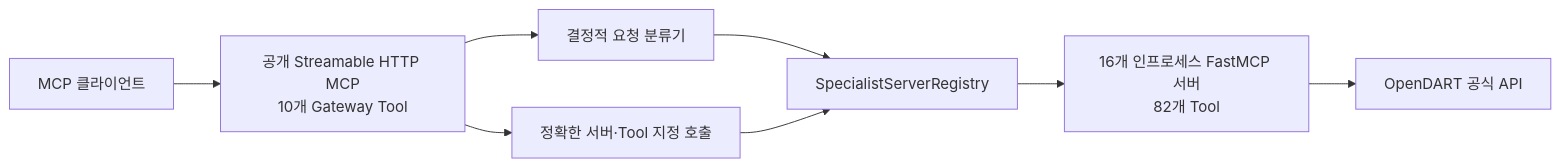
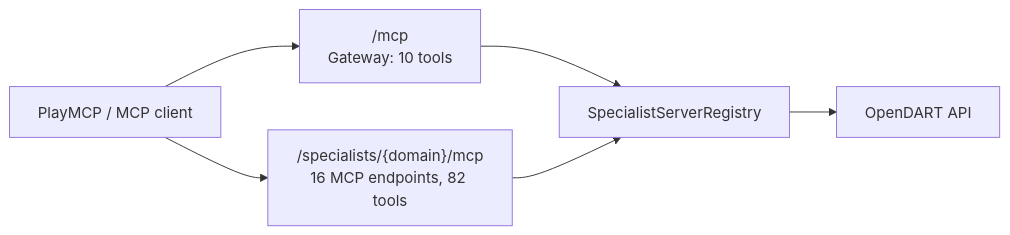
Before and after one commit to MLOpsEngineer/opendart-mcp: the diagram in docs/IMPLEMENTATION_DEPLOYMENT_KO.md, drawn with Mermaid. The commit also changed other lines of this file and 6 other files, not shown here.

First line of the commit message:
Split specialist tools into PlayMCP-compliant MCP servers

````diff
--- a/docs/IMPLEMENTATION_DEPLOYMENT_KO.md
+++ b/docs/IMPLEMENTATION_DEPLOYMENT_KO.md
@@ -51,10 +8,8 @@
 ```mermaid
 flowchart LR
-    A["MCP 클라이언트"] --> B["공개 Streamable HTTP MCP\n10개 Gateway Tool"]
-    B --> C["결정적 요청 분류기"]
-    B --> D["정확한 서버·Tool 지정 호출"]
-    C --> E["SpecialistServerRegistry"]
-    D --> E
-    E --> F["16개 인프로세스 FastMCP 서버\n82개 Tool"]
-    F --> G["OpenDART 공식 API"]
+    C["PlayMCP / MCP client"] --> G["/mcp\nGateway: 10 tools"]
+    C --> S["/specialists/{domain}/mcp\n16 MCP endpoints, 82 tools"]
+    G --> R["SpecialistServerRegistry"]
+    S --> R
+    R --> D["OpenDART API"]
 ```
````
